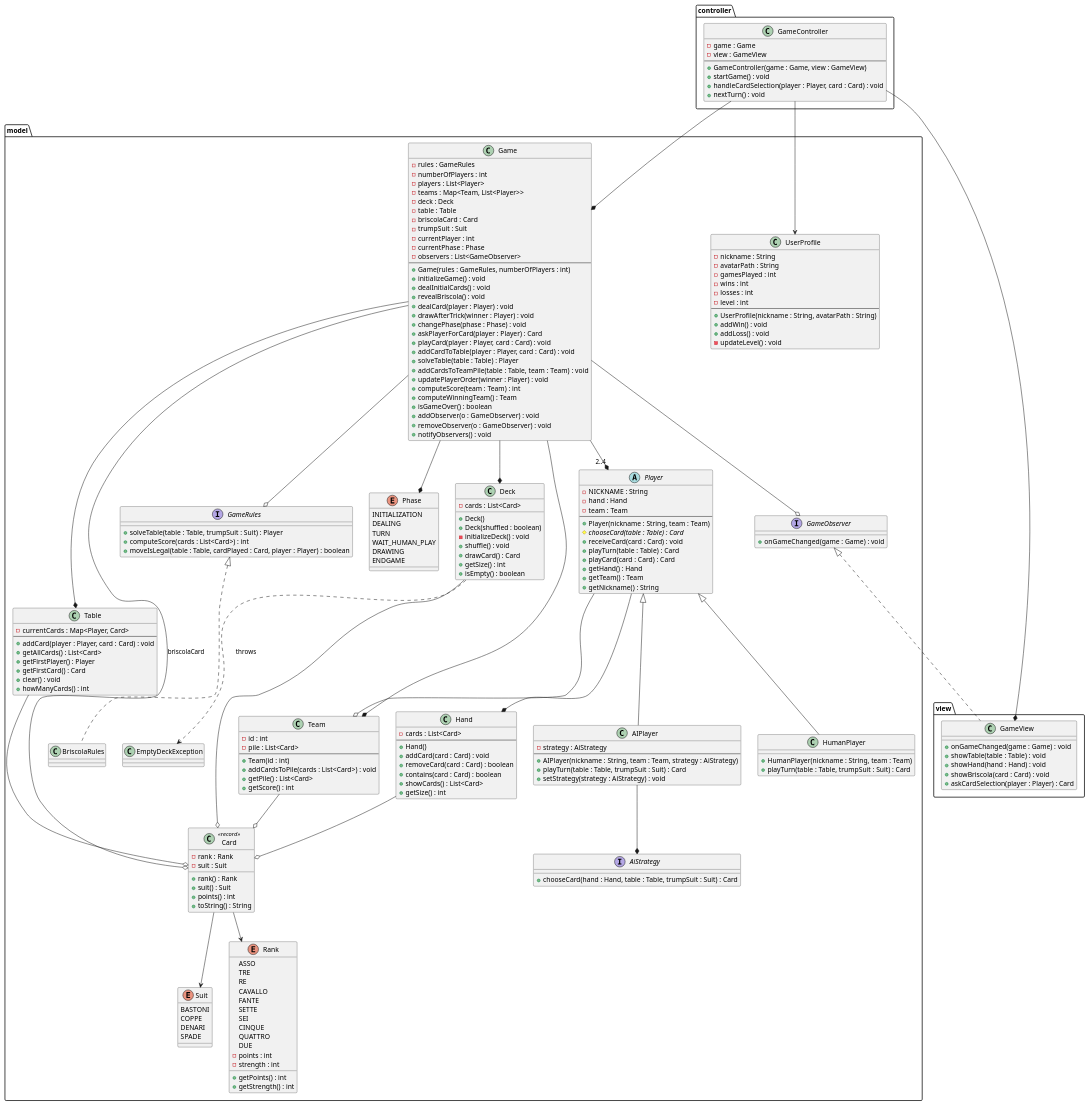
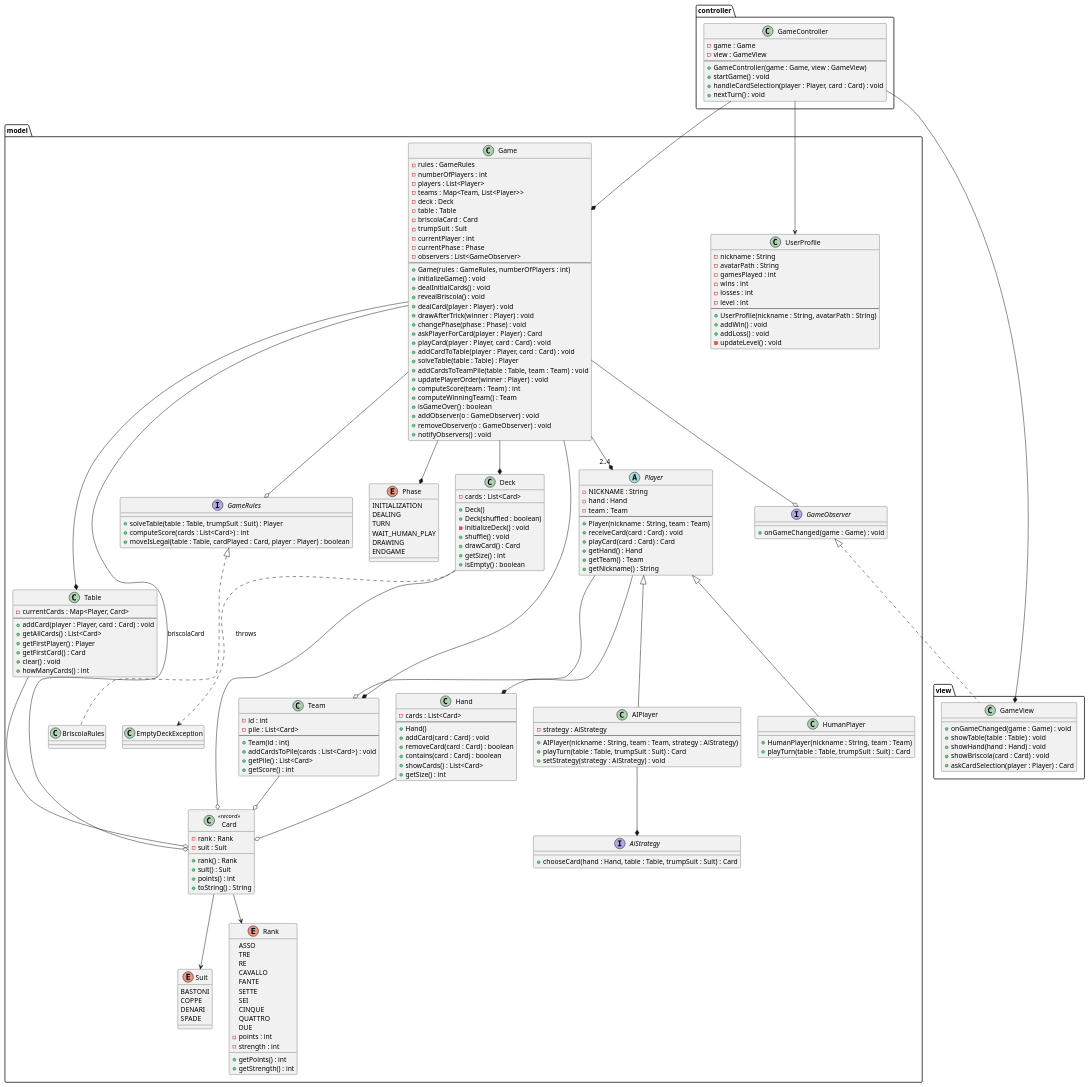
Before and after one commit to edodicosimo/JBriscola: the diagram in docs/briscola.puml, drawn with PlantUML. The commit also changed 2 other files, not shown here.

Commit message:
feat: remove chooseCard and playTurn from Player
Turn will be handled by the controller

```diff
--- a/docs/briscola.puml
+++ b/docs/briscola.puml
@@ -137,9 +137,7 @@
         - team : Team
         --
         + Player(nickname : String, team : Team)
-        # {abstract} chooseCard(table : Table) : Card
         + receiveCard(card : Card) : void
-        + playTurn(table : Table) : Card
         + playCard(card : Card) : Card
         + getHand() : Hand
         + getTeam() : Team
```
